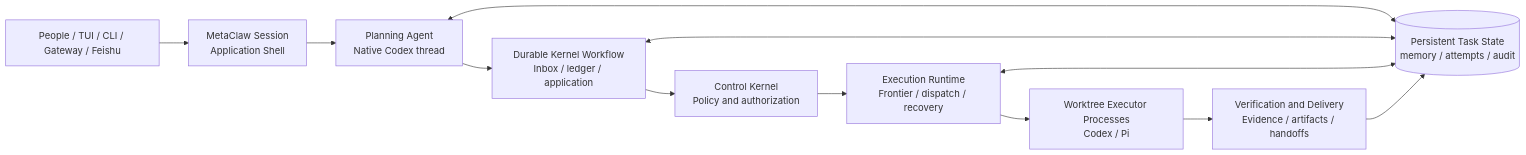
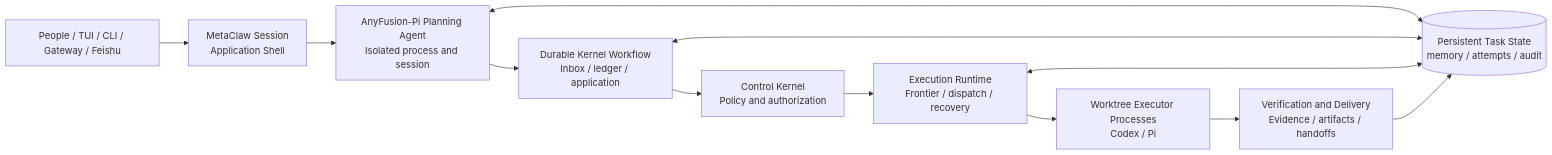
One commit to IFOSR/metawork changed the diagram in README.md. Above: the diagram before and after it, drawn with Mermaid. The commit also changed other lines of this file and 3 other files, not shown here.

Commit message:
feat: update AnyFusion-Pi planning agent path and add native extension configuration

````diff
--- a/README.md
+++ b/README.md
@@ -57,16 +57,16 @@
 ```mermaid
 flowchart LR
   Intake[People / TUI / CLI / Gateway / Feishu] --> Session[MetaClaw Session<br/>Application Shell]
-  Session --> Planning[Planning Agent<br/>Native Codex thread]
+  Session --> Planning[AnyFusion-Pi Planning Agent<br/>Isolated process and session]
   Planning --> Workflow[Durable Kernel Workflow<br/>Inbox / ledger / application]
   Workflow --> Kernel[Control Kernel<br/>Policy and authorization]
   Kernel --> Runtime[Execution Runtime<br/>Frontier / dispatch / recovery]
   Runtime --> Agents[Worktree Executor Processes<br/>Codex / Pi]
   Agents --> Verify[Verification and Delivery<br/>Evidence / artifacts / handoffs]
 
   State[(Persistent Task State<br/>memory / attempts / audit)]
   Planning <--> State
   Workflow <--> State
   Runtime <--> State
   Verify --> State
 ```
````
